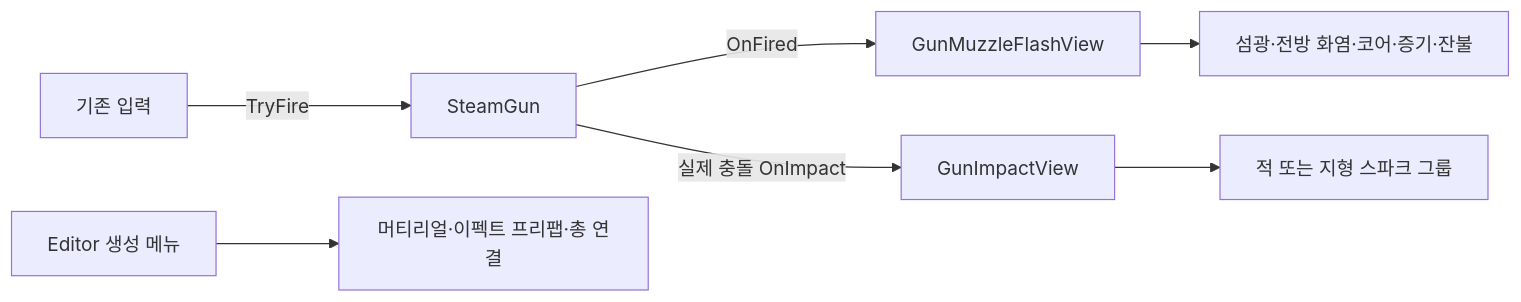
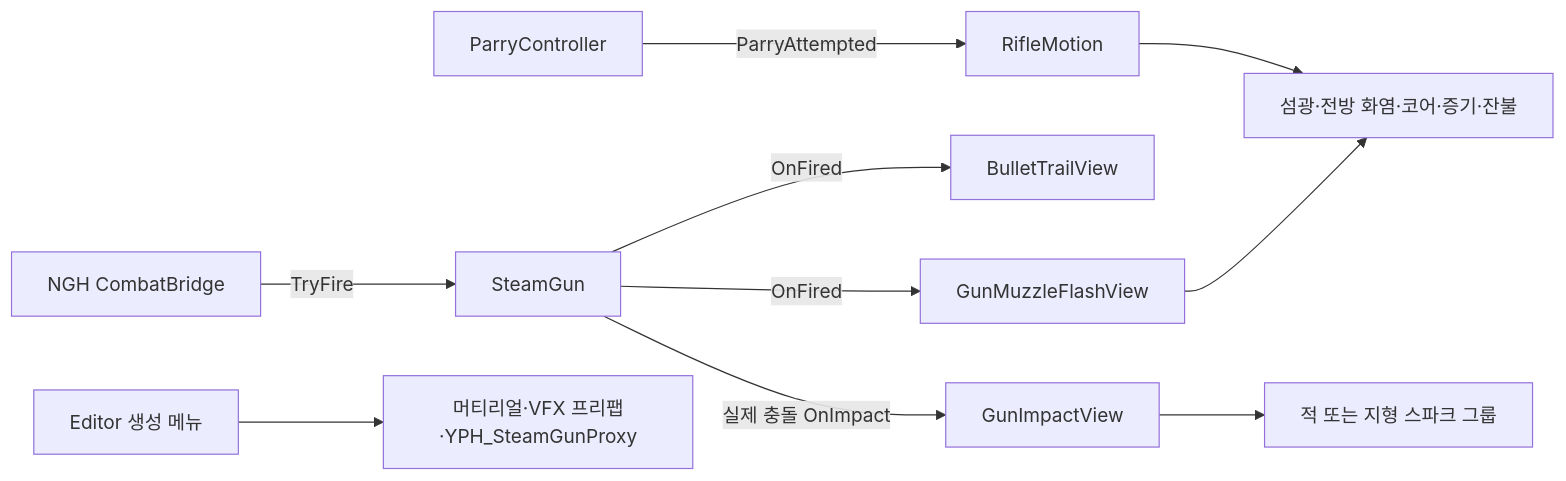
One commit to Shaun1667/Project-SteamAttack changed the diagram in SteamAttack/TeamWorkflow/Features/총이펙트.md. Above: the diagram before and after it, drawn with Mermaid. The commit also changed other lines of this file and 7 other files, not shown here.

````diff
--- a/SteamAttack/TeamWorkflow/Features/총이펙트.md
+++ b/SteamAttack/TeamWorkflow/Features/총이펙트.md
@@ -96,9 +99,12 @@
 ```mermaid
 flowchart LR
-    Input[기존 입력] -->|TryFire| Gun[SteamGun]
+    Input[NGH CombatBridge] -->|TryFire| Gun[SteamGun]
     Gun -->|OnFired| Muzzle[GunMuzzleFlashView]
+    Gun -->|OnFired| Trail[BulletTrailView]
     Muzzle --> Layers[섬광·전방 화염·코어·증기·잔불]
     Gun -->|실제 충돌 OnImpact| Impact[GunImpactView]
     Impact --> Groups[적 또는 지형 스파크 그룹]
-    Builder[Editor 생성 메뉴] --> Assets[머티리얼·이펙트 프리팹·총 연결]
+    Parry[ParryController] -->|ParryAttempted| Motion[RifleMotion]
+    Motion --> Layers
+    Builder[Editor 생성 메뉴] --> Assets[머티리얼·VFX 프리팹·YPH_SteamGunProxy]
 ```
````
